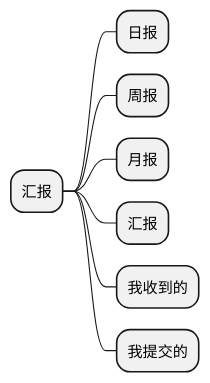
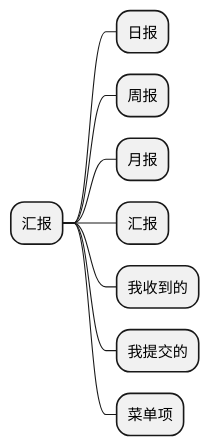
Before and after one commit to zj335841911/nt_chandao: the diagram in ibizpms-docs/src/main/doc/v1/app/mob/reportNew.md, drawn with PlantUML. The commit also changed other lines of this file and 30 other files, not shown here.

```diff
--- a/ibizpms-docs/src/main/doc/v1/app/mob/reportNew.md
+++ b/ibizpms-docs/src/main/doc/v1/app/mob/reportNew.md
@@ -5,11 +5,12 @@
 {% plantuml %}
 @startmindmap
 * 汇报
 ** 日报
 ** 周报
 ** 月报
 ** 汇报
 ** 我收到的
 ** 我提交的
+** 菜单项
 @endmindmap
 {% endplantuml %}
```
